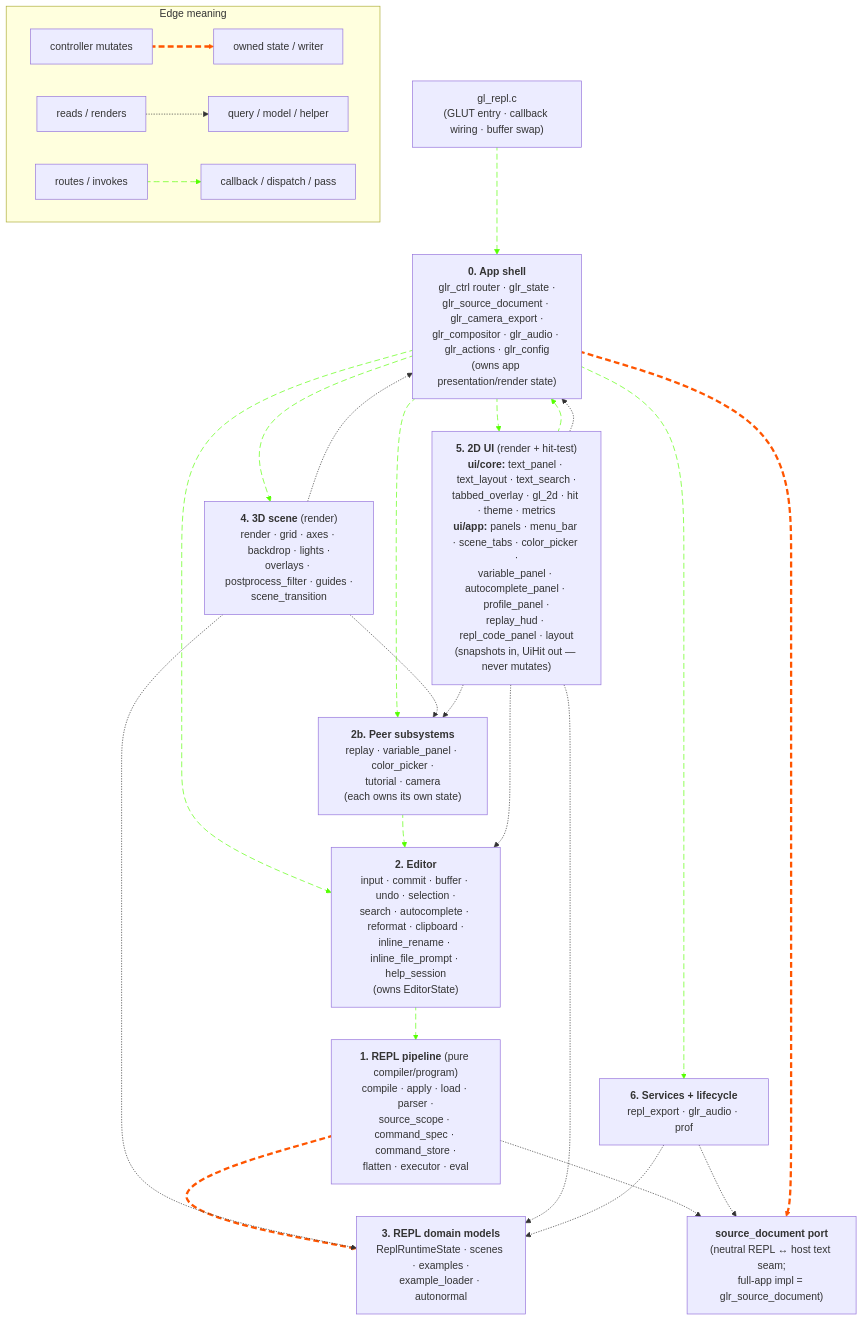
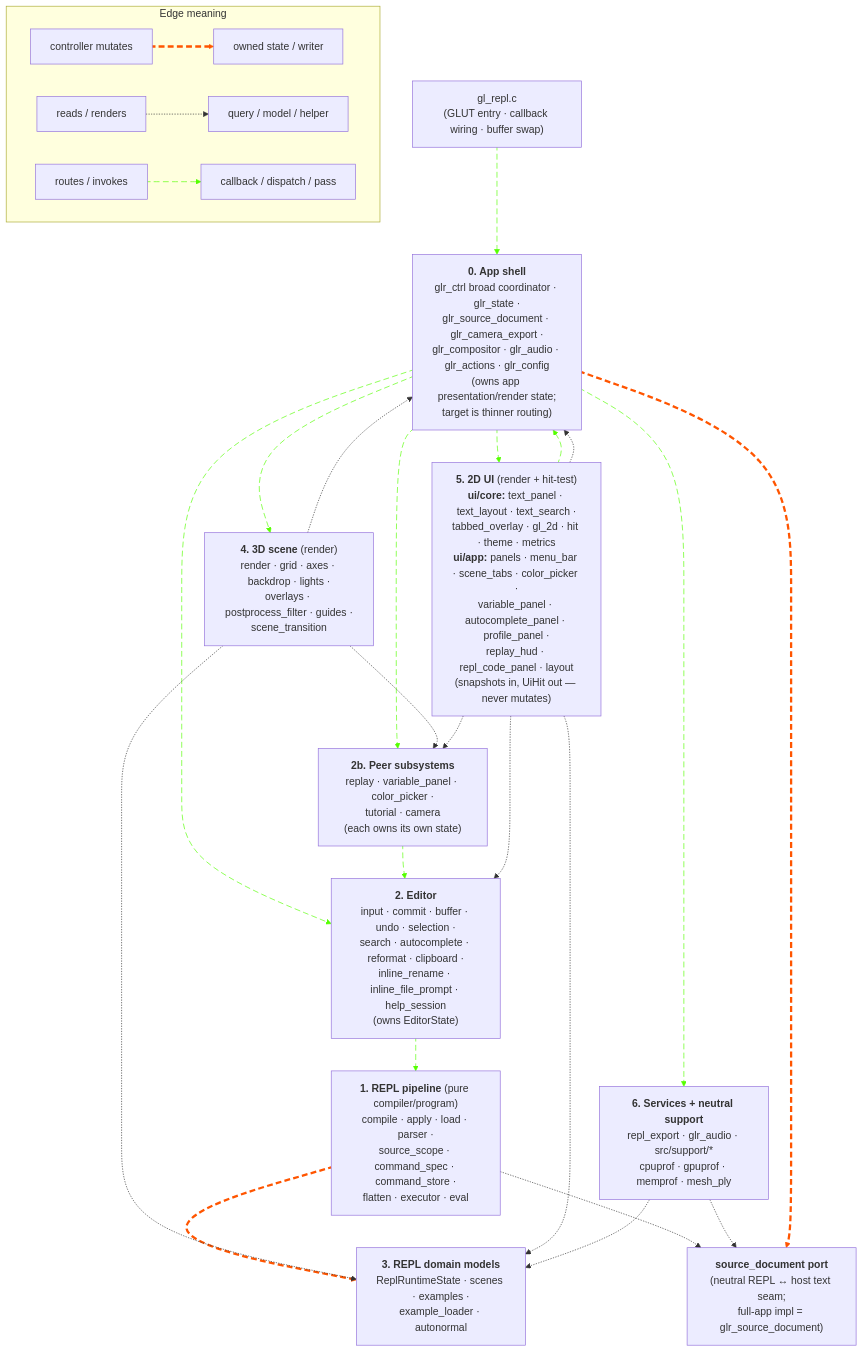
Before and after one commit to drewwoods/gl-repl: the first of 2 diagrams in MODULES.md, drawn with Mermaid. The commit also changed other lines of this file and 9 other files, not shown here.

````diff
--- a/MODULES.md
+++ b/MODULES.md
@@ -576,79 +610,79 @@
 ```mermaid
 flowchart TB
     subgraph legend["Edge meaning"]
         lmut_a["controller mutates"] e1@==> lmut_b["owned state / writer"]
         lread_a["reads / renders"] -.-> lread_b["query / model / helper"]
         lflow_a["routes / invokes"] i1@--> lflow_b["callback / dispatch / pass"]
     end
 
     gl_repl["gl_repl.c<br/>(GLUT entry · callback wiring · buffer swap)"]
 
-    app["<b>0. App shell</b><br/>glr_ctrl router · glr_state ·<br/>glr_source_document · glr_camera_export ·<br/>glr_compositor · glr_audio · glr_actions · glr_config<br/>(owns app presentation/render state)"]
+    app["<b>0. App shell</b><br/>glr_ctrl broad coordinator · glr_state ·<br/>glr_source_document · glr_camera_export ·<br/>glr_compositor · glr_audio · glr_actions · glr_config<br/>(owns app presentation/render state;<br/>target is thinner routing)"]
 
     editor["<b>2. Editor</b><br/>input · commit · buffer · undo · selection ·<br/>search · autocomplete · reformat · clipboard ·<br/>inline_rename · inline_file_prompt · help_session<br/>(owns EditorState)"]
 
     peers["<b>2b. Peer subsystems</b><br/>replay · variable_panel · color_picker ·<br/>tutorial · camera<br/>(each owns its own state)"]
 
     repl["<b>1. REPL pipeline</b> (pure compiler/program)<br/>compile · apply · load · parser ·<br/>source_scope · command_spec · command_store ·<br/>flatten · executor · eval"]
 
     models["<b>3. REPL domain models</b><br/>ReplRuntimeState · scenes · examples ·<br/>example_loader · autonormal"]
 
     srcdoc["<b>source_document port</b><br/>(neutral REPL ↔ host text seam;<br/>full-app impl = glr_source_document)"]
 
     ui["<b>5. 2D UI</b> (render + hit-test)<br/><b>ui/core:</b> text_panel · text_layout · text_search ·<br/>tabbed_overlay · gl_2d · hit · theme · metrics<br/><b>ui/app:</b> panels · menu_bar · scene_tabs · color_picker ·<br/>variable_panel · autocomplete_panel · profile_panel ·<br/>replay_hud · repl_code_panel · layout<br/>(snapshots in, UiHit out — never mutates)"]
 
     scene["<b>4. 3D scene</b> (render)<br/>render · grid · axes · backdrop · lights ·<br/>overlays · postprocess_filter · guides ·<br/>scene_transition"]
 
-    services["<b>6. Services + lifecycle</b><br/>repl_export · glr_audio · prof"]
+    services["<b>6. Services + neutral support</b><br/>repl_export · glr_audio · src/support/*<br/>cpuprof · gpuprof · memprof · mesh_ply"]
 
     %% Raw input flow: gl_repl.c hands GLUT events to the app shell. UI
     %% hit-tests are passive — they compute a UiHit and hand it back to
     %% the controller for dispatch.
     gl_repl i2@--> app
     ui i3@--> app
 
     %% App shell routes raw input to the owning subsystem, drives the
     %% frame, and calls UI/scene/services.
     app i4@--> editor
     app i5@--> peers
     app i6@--> scene
     app i7@--> ui
     app i8@--> services
 
     %% Editor commit is the only path crossing INTO the REPL pipeline.
     %% REPL apply / command_store mutates the program model.
     editor i9@--> repl
     repl e2@==> models
 
     %% Peers write back through the editor (color_picker rewrites a
     %% source line via editor_commit_apply_external_change; the
     %% variable_panel drag rewrites a numeric token the same way).
     peers i10@--> editor
 
     %% Source-document port: REPL pipeline reads/writes source text
     %% through the neutral port, and services read source through it
     %% too. The full-app adapter (app layer) delegates writes to the
     %% editor buffer — editor stays the single underlying writer.
     repl -.-> srcdoc
     services -.-> srcdoc
     app e3@==> srcdoc
 
     %% Render is read-only: scene and UI consume snapshots of program /
     %% editor / peer / app state. They never mutate.
     scene -.-> models
     scene -.-> peers
     scene -.-> app
     ui -.-> editor
     ui -.-> models
     ui -.-> peers
     ui -.-> app
 
     %% Services read program and editor state to persist/replay.
     services -.-> models
 
     classDef animateE stroke:#f50,stroke-dasharray: 9\,5,stroke-dashoffset: 900,animation: dash 90s linear infinite;
     classDef animateF stroke:#5f0,stroke-dasharray: 9\,5,stroke-dashoffset: 900,animation: dash 90s linear infinite;
 
     class e1,e2,e3 animateE
     class i1,i2,i3,i4,i5,i6,i7,i8,i9,i10 animateF
 ```
````
